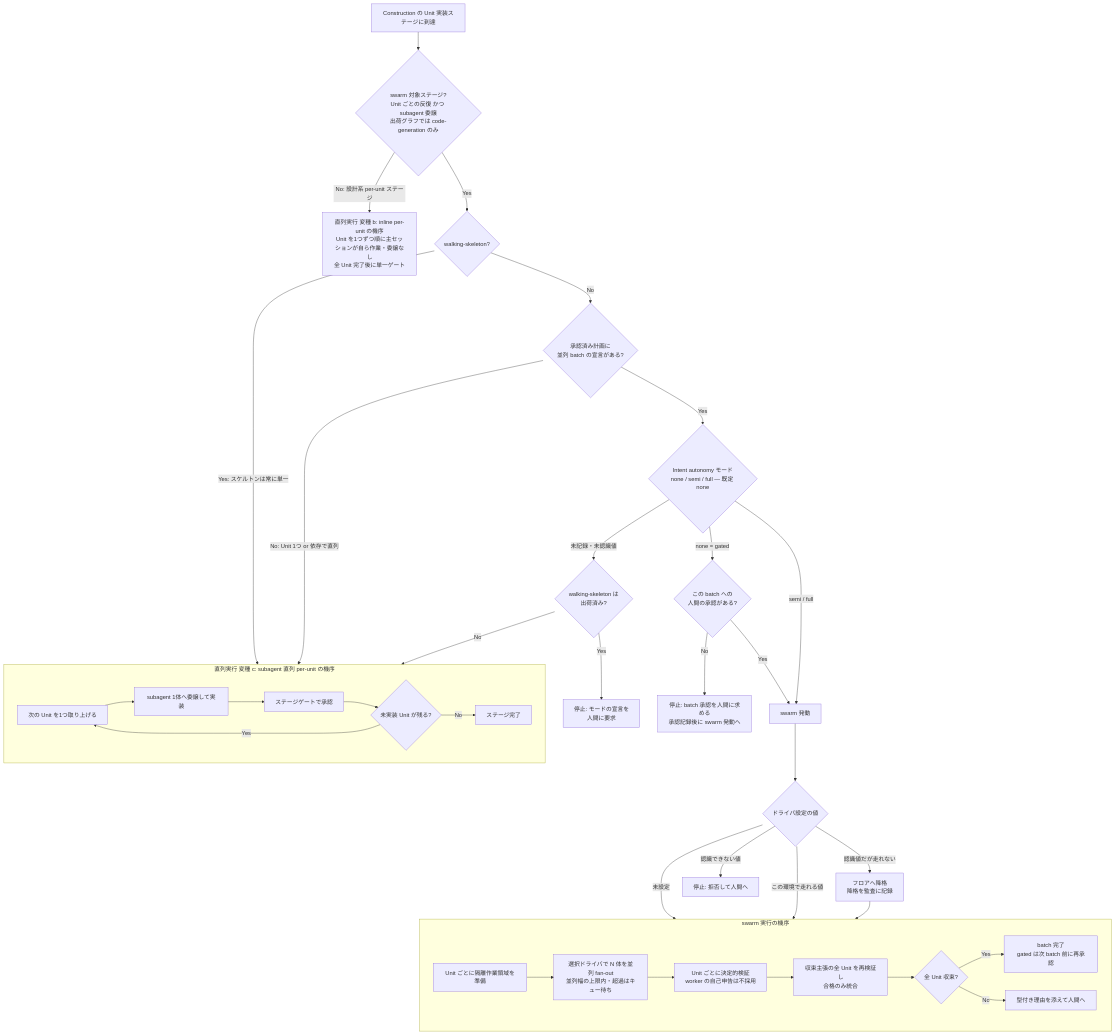
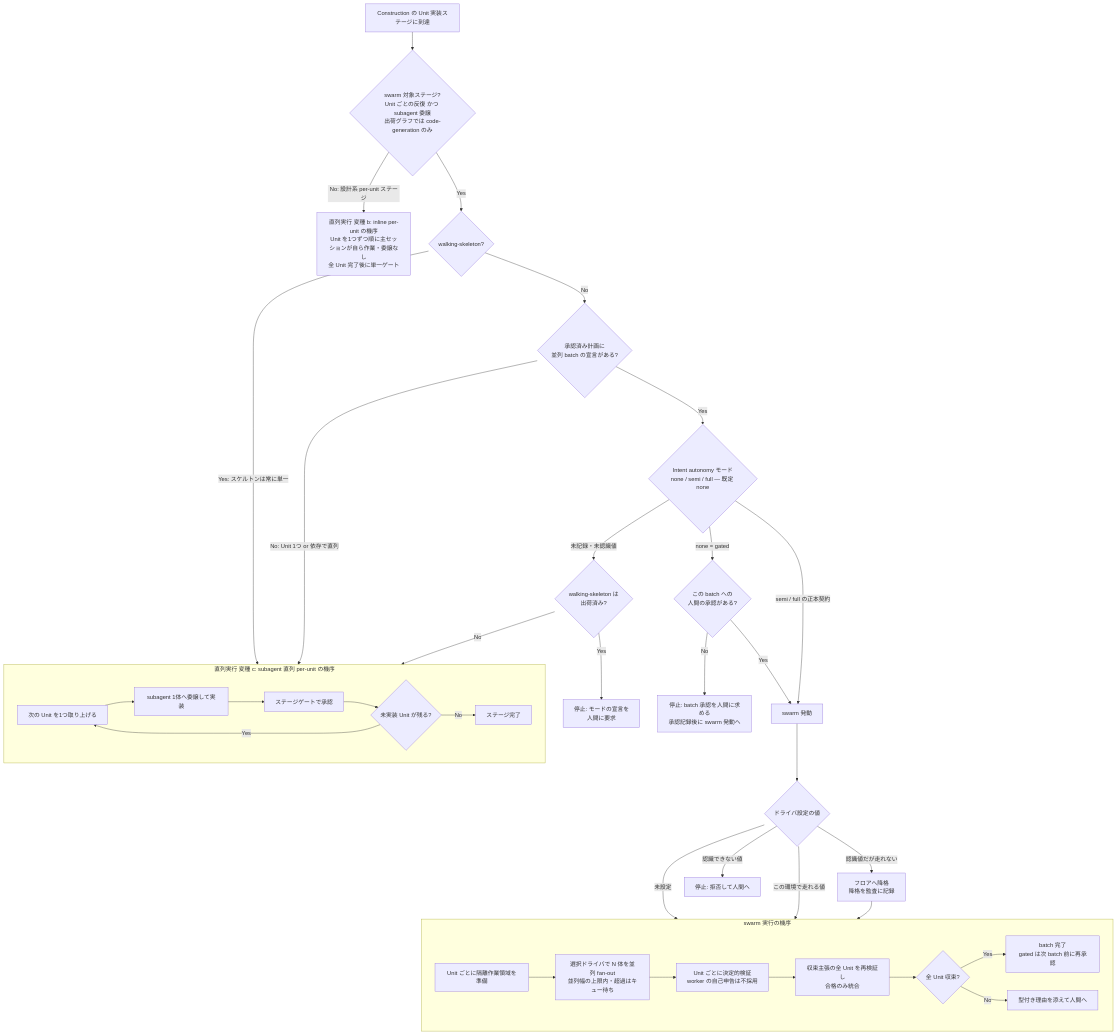
The diagram in amadeus/spaces/default/specs/rfc/0002-unit-execution-model.md (amadeus-dlc/amadeus), drawn with Mermaid before and after one commit. The commit also changed other lines of this file, not shown here.

Commit message:
docs(rfc): close review N1-N4 — sync trailing summaries with canonical semi semantics, declare canonical+drift policy in Part 1 charter

````diff
--- a/amadeus/spaces/default/specs/rfc/0002-unit-execution-model.md
+++ b/amadeus/spaces/default/specs/rfc/0002-unit-execution-model.md
@@ -150,35 +150,35 @@
 ```mermaid
 flowchart TD
     A[Construction の Unit 実装ステージに到達] --> B{swarm 対象ステージ?<br/>Unit ごとの反復 かつ subagent 委譲<br/>出荷グラフでは code-generation のみ}
     B -- No: 設計系 per-unit ステージ --> SERB[直列実行 変種 b: inline per-unit の機序<br/>Unit を1つずつ順に主セッションが自ら作業・委譲なし<br/>全 Unit 完了後に単一ゲート]
     B -- Yes --> C{walking-skeleton?}
     C -- Yes: スケルトンは常に単一 --> SER
     C -- No --> D{承認済み計画に<br/>並列 batch の宣言がある?}
     D -- No: Unit 1つ or 依存で直列 --> SER
     D -- Yes --> E{Intent autonomy モード<br/>none / semi / full — 既定 none}
     E -- 未記録・未認識値 --> E2{walking-skeleton は<br/>出荷済み?}
     E2 -- No --> SER
     E2 -- Yes --> HALT1[停止: モードの宣言を<br/>人間に要求]
     E -- none = gated --> F{この batch への<br/>人間の承認がある?}
     F -- No --> HALT2[停止: batch 承認を人間に求める<br/>承認記録後に swarm 発動へ]
     F -- Yes --> G[swarm 発動]
-    E -- semi / full --> G
+    E -- semi / full の正本契約 --> G
     G --> H{ドライバ設定の値}
     H -- 未設定 --> SWM
     H -- この環境で走れる値 --> SWM
     H -- 認識値だが走れない --> DEG[フロアへ降格<br/>降格を監査に記録] --> SWM
     H -- 認識できない値 --> HALT3[停止: 拒否して人間へ]
 
     subgraph SER[直列実行 変種 c: subagent 直列 per-unit の機序]
         S1[次の Unit を1つ取り上げる] --> S2[subagent 1体へ委譲して実装] --> S3[ステージゲートで承認] --> S4{未実装 Unit が残る?}
         S4 -- Yes --> S1
         S4 -- No --> S5[ステージ完了]
     end
 
     subgraph SWM[swarm 実行の機序]
         W1[Unit ごとに隔離作業領域を準備] --> W2[選択ドライバで N 体を並列 fan-out<br/>並列幅の上限内・超過はキュー待ち] --> W3[Unit ごとに決定的検証<br/>worker の自己申告は不採用] --> W4[収束主張の全 Unit を再検証し<br/>合格のみ統合]
         W4 --> W5{全 Unit 収束?}
         W5 -- Yes --> W6[batch 完了<br/>gated は次 batch 前に再承認]
         W5 -- No --> W7[型付き理由を添えて人間へ]
     end
 ```
````
